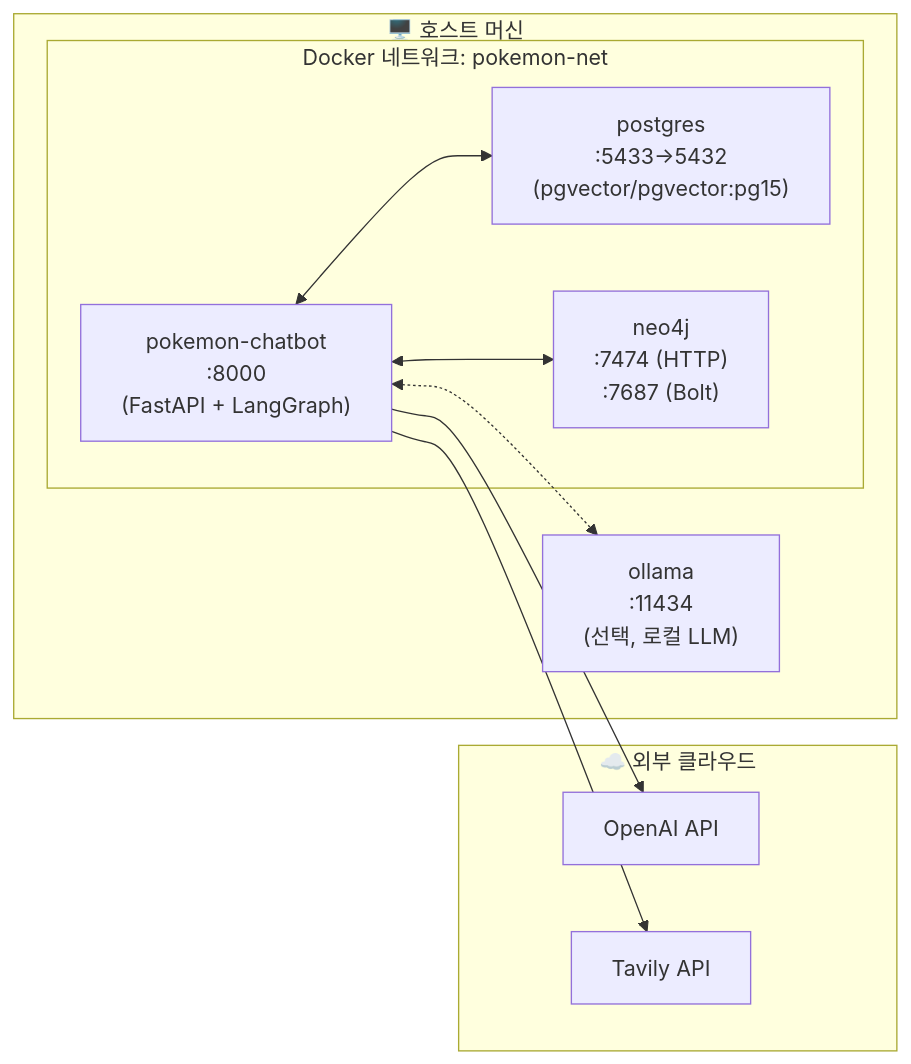
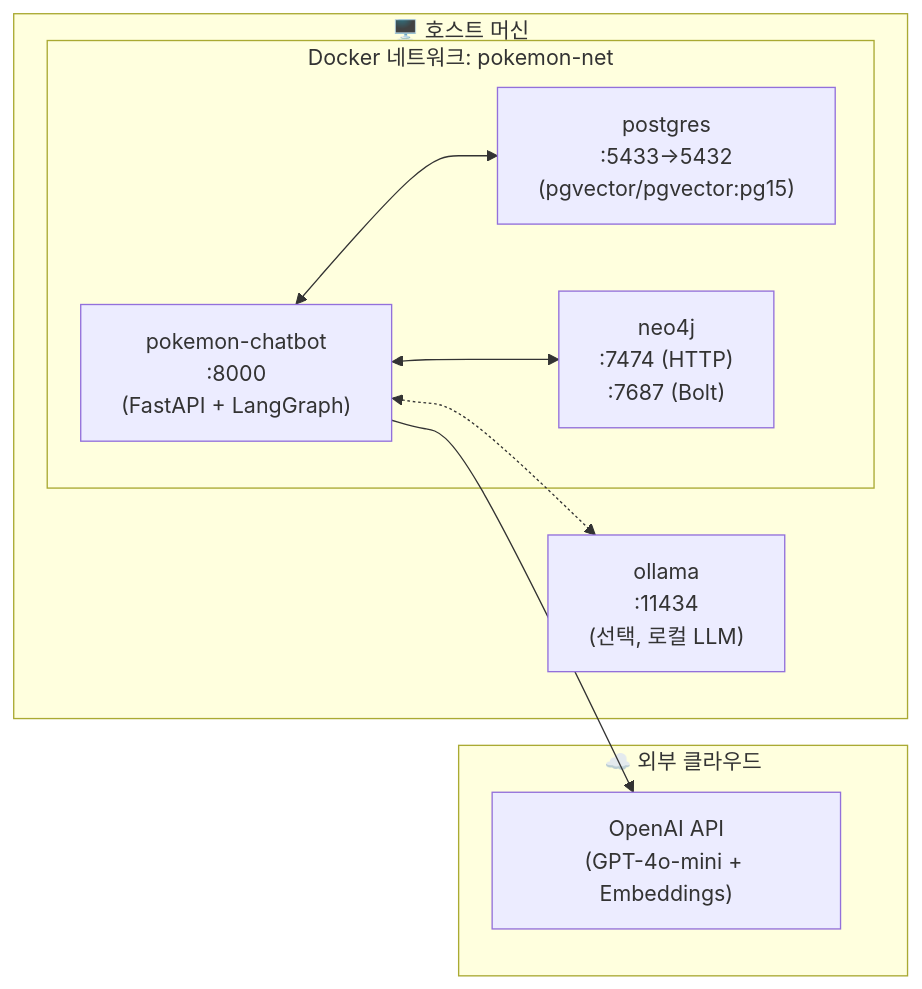
Before and after one commit to SKNETWORKS-FAMILY-AICAMP/SKN27-3rd-3TEAM: the third of 4 diagrams in docs/챗봇/06_시스템아키텍처구성도.md, drawn with Mermaid. The commit also changed other lines of this file and 10 other files, not shown here.

````diff
--- a/docs/챗봇/06_시스템아키텍처구성도.md
+++ b/docs/챗봇/06_시스템아키텍처구성도.md
@@ -113,21 +132,20 @@
 ```mermaid
 flowchart LR
     subgraph HOST["🖥️ 호스트 머신"]
         subgraph DOCKER["Docker 네트워크: pokemon-net"]
             APP["pokemon-chatbot\n:8000\n(FastAPI + LangGraph)"]
             PG_C["postgres\n:5433→5432\n(pgvector/pgvector:pg15)"]
             NEO_C["neo4j\n:7474 (HTTP)\n:7687 (Bolt)"]
         end
         OLLAMA_C["ollama\n:11434\n(선택, 로컬 LLM)"]
     end
 
     subgraph CLOUD["☁️ 외부 클라우드"]
-        OAI_SVC["OpenAI API"]
-        TAV_SVC["Tavily API"]
+        OAI_SVC["OpenAI API\n(GPT-4o-mini + Embeddings)"]
     end
 
     APP <--> PG_C
     APP <--> NEO_C
     APP <-.-> OLLAMA_C
-    APP --> OAI_SVC & TAV_SVC
+    APP --> OAI_SVC
 ```
````
